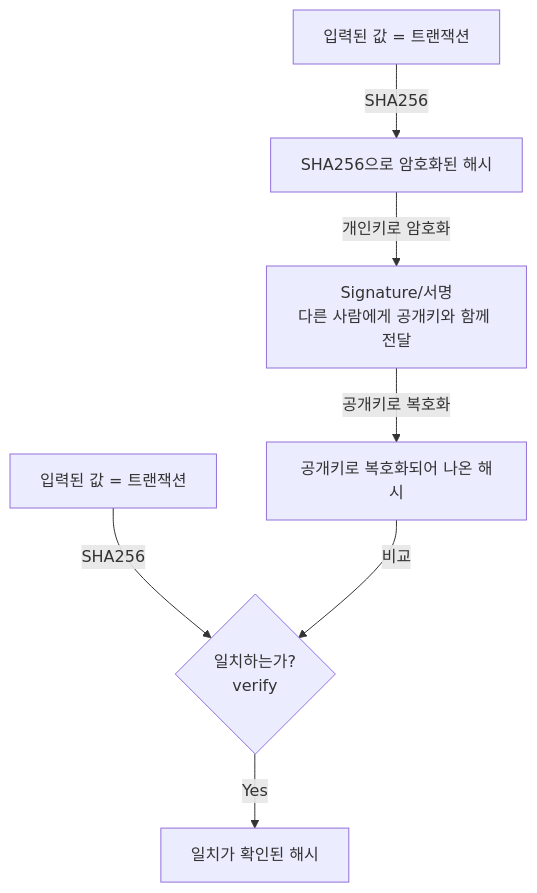
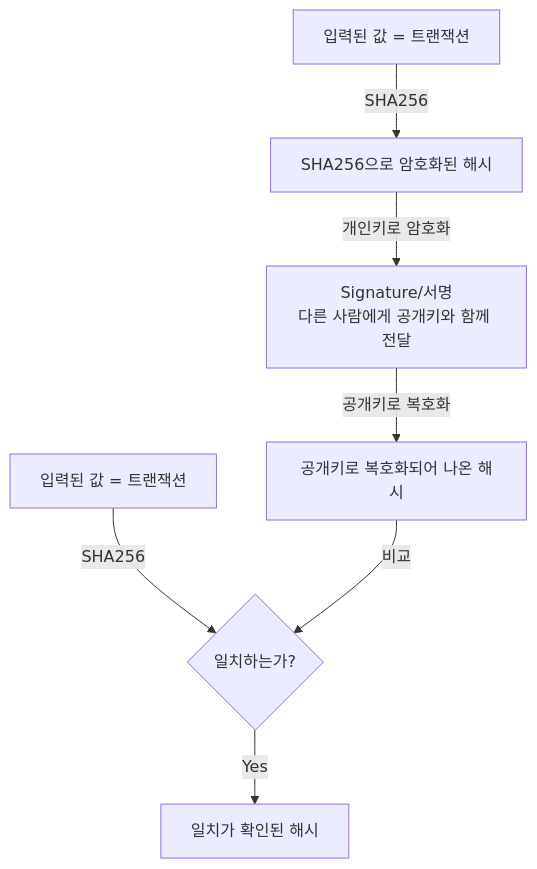
The third of 3 diagrams in New.No.071_0130/ReadMe.md (Koh-U-Seok/Blockchain7), drawn with Mermaid before and after one commit.

Commit message:
2023-01-30 17:43 upload

````diff
--- a/New.No.071_0130/ReadMe.md
+++ b/New.No.071_0130/ReadMe.md
@@ -40,13 +40,13 @@
   ```mermaid
   flowchart
   A[입력된 값 = 트랜잭션]
   B[SHA256으로 암호화된 해시]
   C[Signature/서명\n다른 사람에게 공개키와 함께 전달]
   D[공개키로 복호화되어 나온 해시]
   E[입력된 값 = 트랜잭션]
   F[일치가 확인된 해시]
     A-->|SHA256|B-->|개인키로 암호화|C-->|공개키로 복호화|D
     E-->|SHA256|cond
     D-->|비교|cond
-    cond{일치하는가?\n verify}-->|Yes|F
+    cond{일치하는가?}-->|Yes|F
   ```
````
